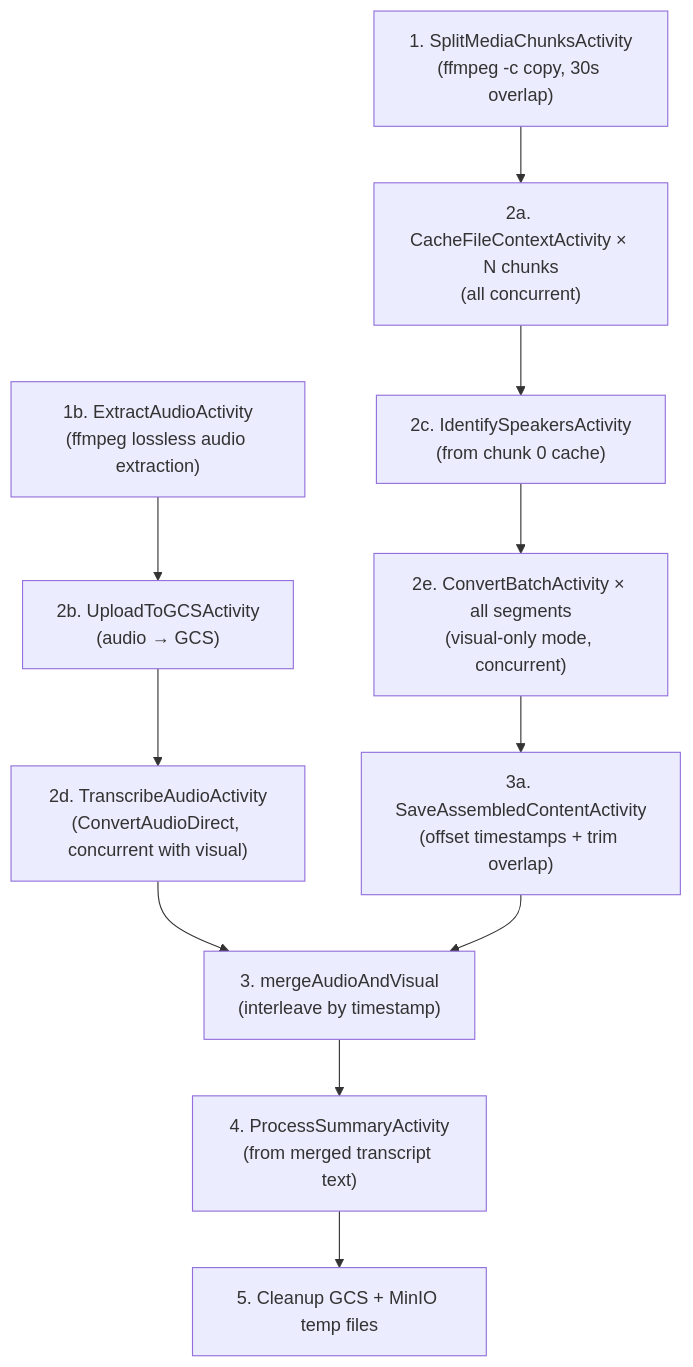
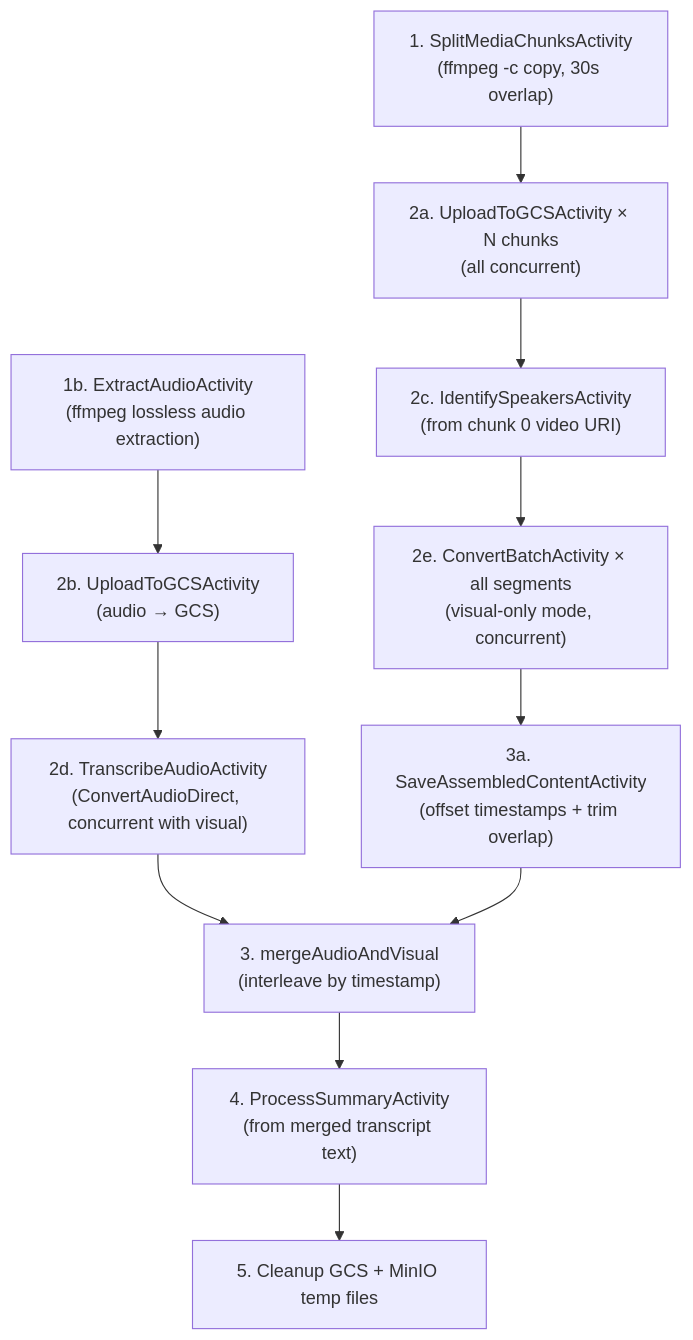
The fifth of 6 diagrams in docs/rag-indexing.md (instill-ai/artifact-backend), drawn with Mermaid before and after one commit. The commit also changed other lines of this file and 13 other files, not shown here.

````diff
--- a/docs/rag-indexing.md
+++ b/docs/rag-indexing.md
@@ -163,15 +163,15 @@
 ```mermaid
 flowchart TD
     Split["1. SplitMediaChunksActivity<br/>(ffmpeg -c copy, 30s overlap)"]
     Extract["1b. ExtractAudioActivity<br/>(ffmpeg lossless audio extraction)"]
-    Split --> CacheAll["2a. CacheFileContextActivity × N chunks<br/>(all concurrent)"]
+    Split --> UploadVisual["2a. UploadToGCSActivity × N chunks<br/>(all concurrent)"]
     Extract --> UploadGCS["2b. UploadToGCSActivity<br/>(audio → GCS)"]
-    CacheAll --> Speakers["2c. IdentifySpeakersActivity<br/>(from chunk 0 cache)"]
+    UploadVisual --> Speakers["2c. IdentifySpeakersActivity<br/>(from chunk 0 video URI)"]
     UploadGCS --> AudioTranscribe["2d. TranscribeAudioActivity<br/>(ConvertAudioDirect, concurrent with visual)"]
     Speakers --> VisualBatches["2e. ConvertBatchActivity × all segments<br/>(visual-only mode, concurrent)"]
     AudioTranscribe --> Merge["3. mergeAudioAndVisual<br/>(interleave by timestamp)"]
     VisualBatches --> Assemble["3a. SaveAssembledContentActivity<br/>(offset timestamps + trim overlap)"]
     Assemble --> Merge
     Merge --> Summary["4. ProcessSummaryActivity<br/>(from merged transcript text)"]
     Summary --> Cleanup["5. Cleanup GCS + MinIO temp files"]
 ```
````
